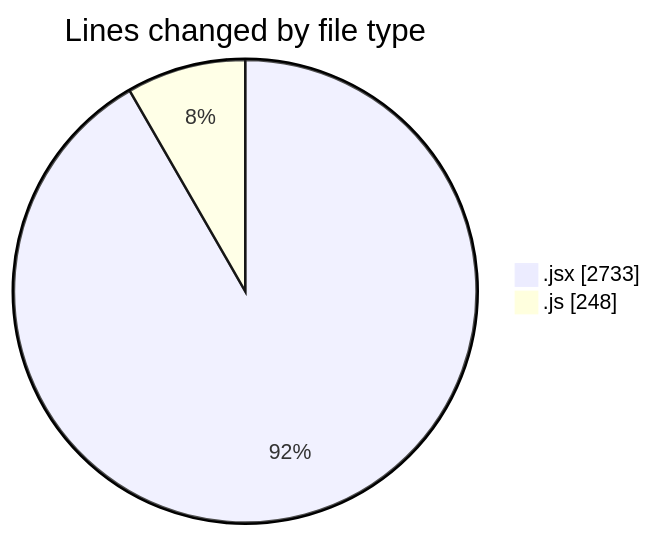
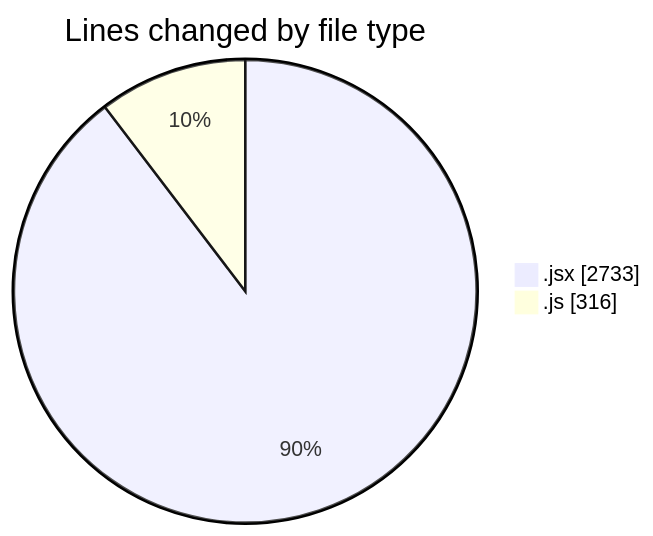
One commit to nxtqubesakshisongat/code-tracking changed the first of 2 diagrams in 2025-07-10/argos/README.md. Above: the diagram before and after it, drawn with Mermaid. The commit also changed other lines of this file and 1 other file, not shown here.

````diff
--- a/2025-07-10/argos/README.md
+++ b/2025-07-10/argos/README.md
@@ -24,6 +25,6 @@
 ```mermaid
 pie showData
 title Lines changed by file type
 ".jsx" : 2733
-".js" : 248
+".js" : 316
 ```
````
